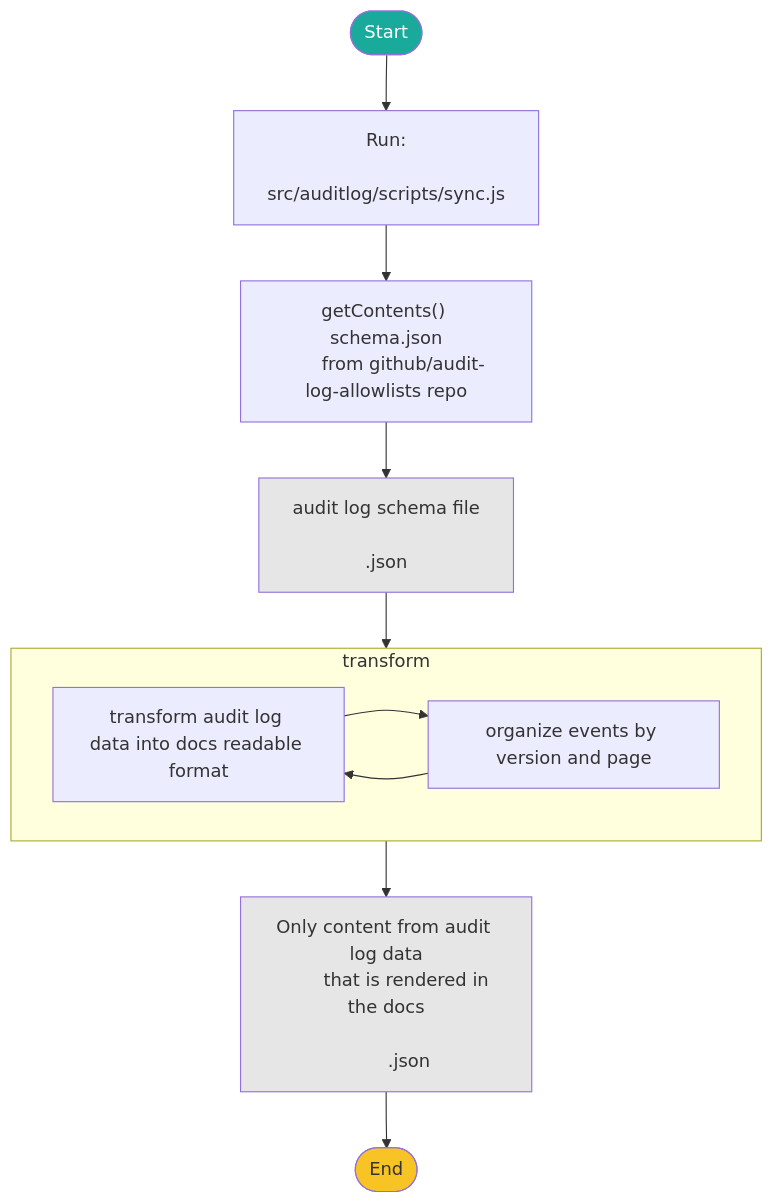
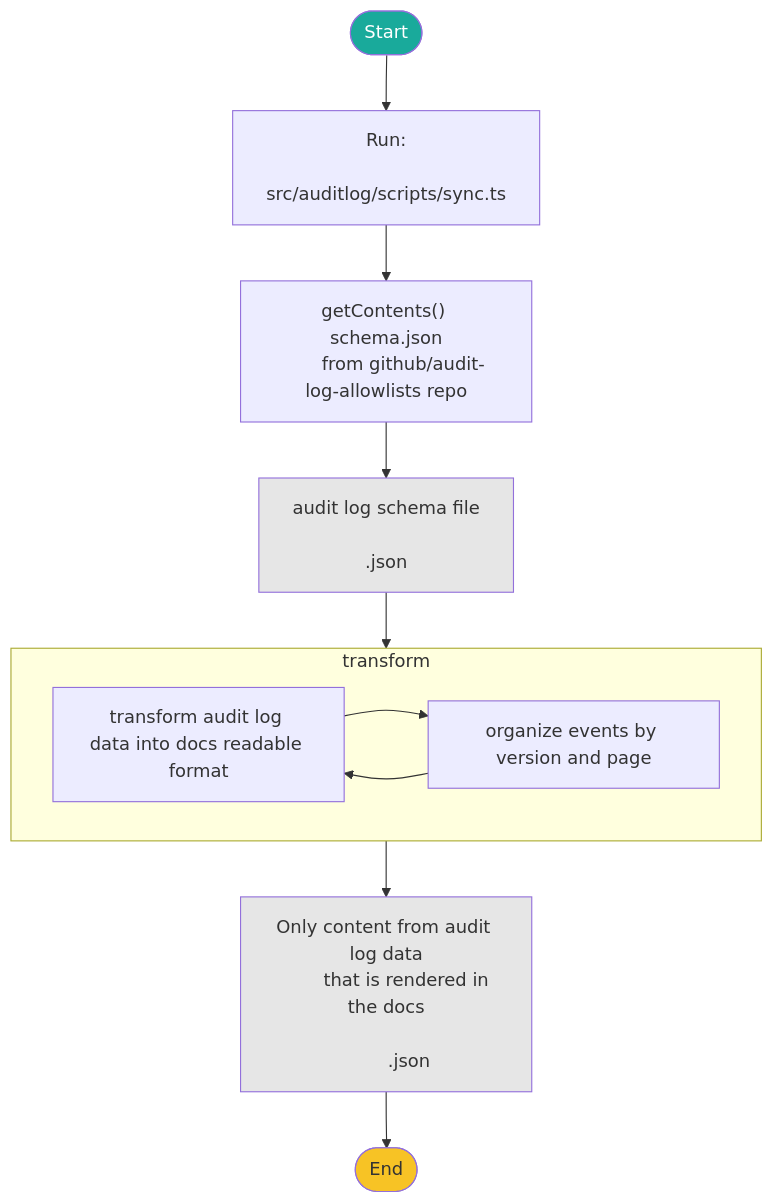
The diagram in src/audit-logs/README.md (github/docs), drawn with Mermaid before and after one commit. The commit also changed 102 other files, not shown here.

````diff
--- a/src/audit-logs/README.md
+++ b/src/audit-logs/README.md
@@ -7,25 +7,25 @@
 ```mermaid
 flowchart TD
     Start([Start])-->
     RunScript["Run:
-        src/auditlog/scripts/sync.js"]-->
+        src/auditlog/scripts/sync.ts"]-->
     GetContents["getContents() schema.json
       from github/audit-log-allowlists repo"]-->
     SchemaFiles["audit log schema file\n
         .json"]-->
     Transform["transform audit log data
         into docs readable format"]-->DataForDocs
     subgraph Transform ["transform"]
     t["transform audit log data into docs readable format"]-->
     o["organize events by version and page"]-->t
     end
     DataForDocs["Only content from audit log data
         that is rendered in the docs\n
         .json"]-->
     End([End])
 
     style Start fill:#19AA9B,color:#FFF
     style SchemaFiles fill:#E6E6E6
     style DataForDocs fill:#E6E6E6
     style End fill:#F7C325
 ```
````
